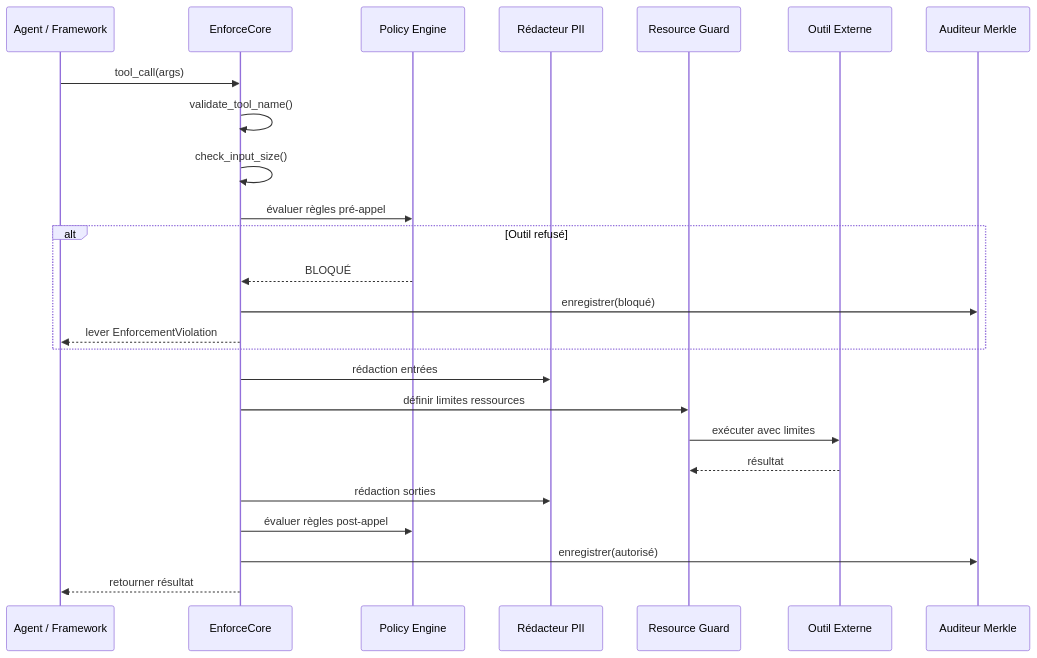
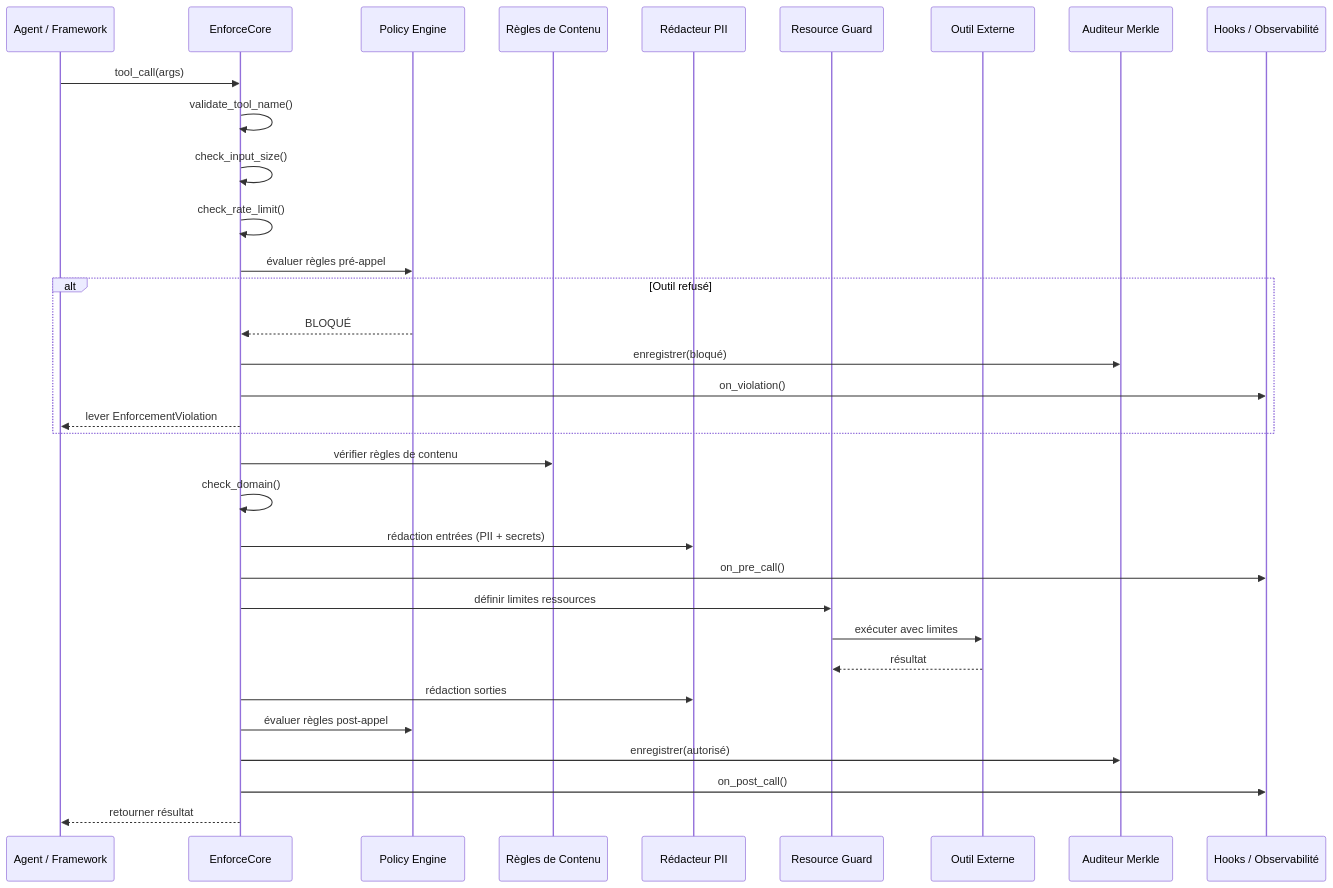
The diagram in site/fr/enforcecore/architecture.mdx (akios-ai/website), drawn with Mermaid before and after one commit. The commit also changed other lines of this file and 7 other files, not shown here.

````diff
--- a/site/fr/enforcecore/architecture.mdx
+++ b/site/fr/enforcecore/architecture.mdx
@@ -16,28 +18,36 @@
 ```mermaid
 sequenceDiagram
     participant Agent as Agent / Framework
     participant EC as EnforceCore
     participant Policy as Policy Engine
+    participant Rules as Règles de Contenu
     participant Redactor as Rédacteur PII
     participant Guard as Resource Guard
     participant Tool as Outil Externe
     participant Auditor as Auditeur Merkle
+    participant Hooks as Hooks / Observabilité
 
     Agent->>EC: tool_call(args)
     EC->>EC: validate_tool_name()
     EC->>EC: check_input_size()
+    EC->>EC: check_rate_limit()
     EC->>Policy: évaluer règles pré-appel
     alt Outil refusé
         Policy-->>EC: BLOQUÉ
         EC->>Auditor: enregistrer(bloqué)
+        EC->>Hooks: on_violation()
         EC-->>Agent: lever EnforcementViolation
     end
-    EC->>Redactor: rédaction entrées
+    EC->>Rules: vérifier règles de contenu
+    EC->>EC: check_domain()
+    EC->>Redactor: rédaction entrées (PII + secrets)
+    EC->>Hooks: on_pre_call()
     EC->>Guard: définir limites ressources
     Guard->>Tool: exécuter avec limites
     Tool-->>Guard: résultat
     EC->>Redactor: rédaction sorties
     EC->>Policy: évaluer règles post-appel
     EC->>Auditor: enregistrer(autorisé)
+    EC->>Hooks: on_post_call()
     EC-->>Agent: retourner résultat
 ```
````
